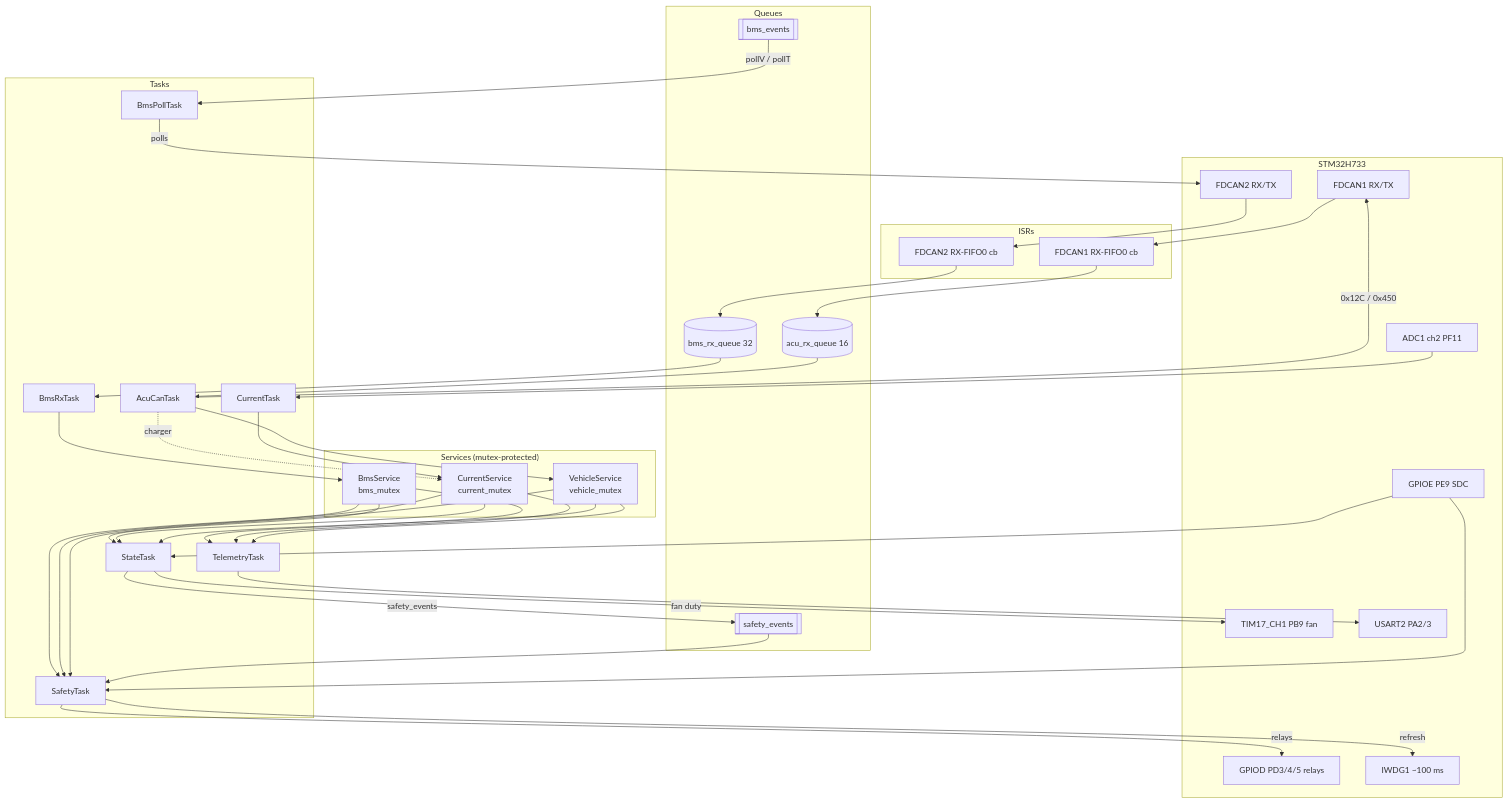
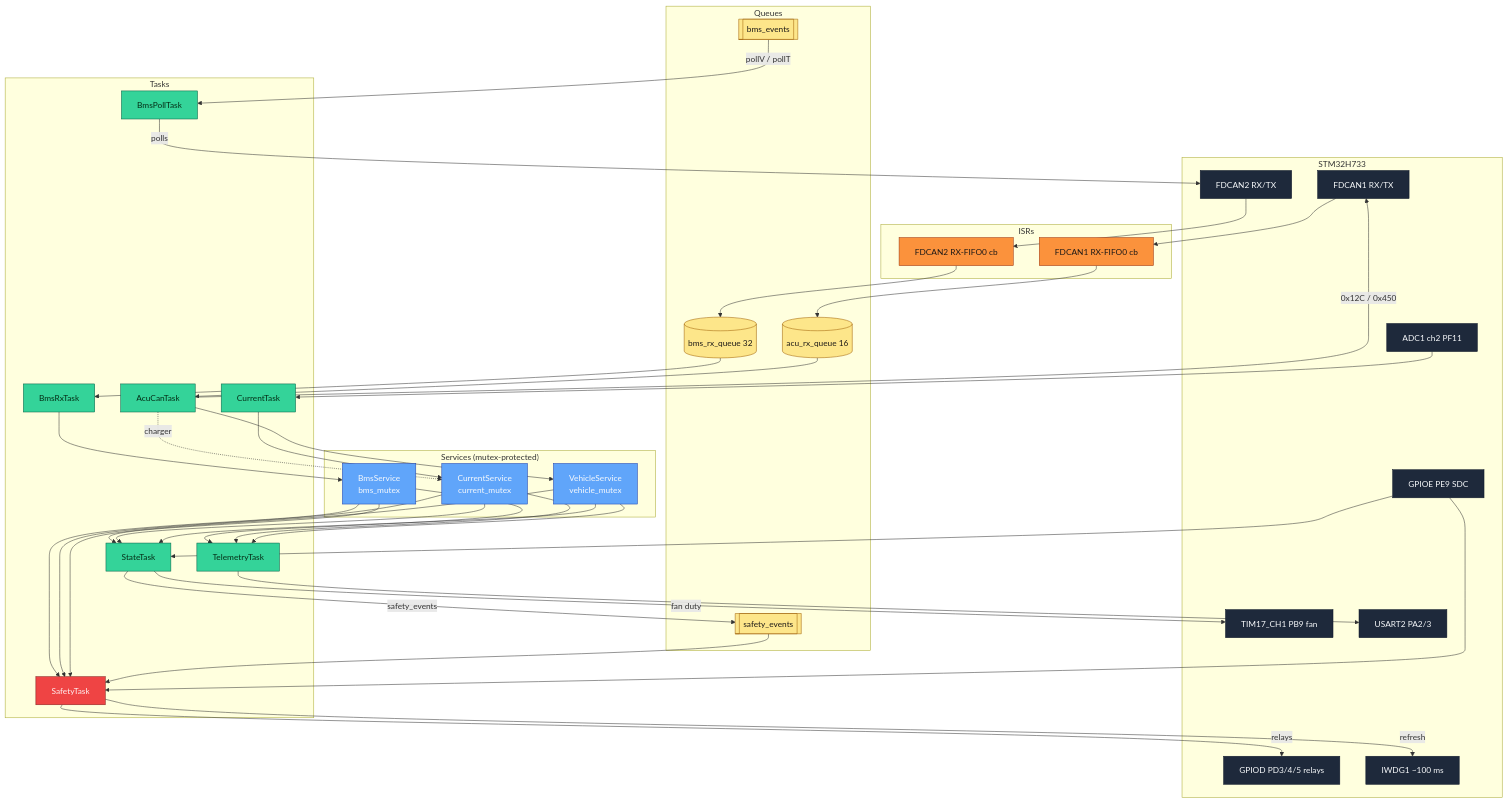
Before and after one commit to isc-fs/IFS08-CE-AMS: the first of 3 diagrams in docs/ARCHITECTURE.md, drawn with Mermaid. The commit also changed other lines of this file, not shown here.

First line of the commit message:
fix: colour the three mermaid diagrams in ARCHITECTURE.md

````diff
--- a/docs/ARCHITECTURE.md
+++ b/docs/ARCHITECTURE.md
@@ -97,64 +97,78 @@
 ```mermaid
 flowchart TD
   subgraph HW[STM32H733]
     FDCAN1[FDCAN1 RX/TX]
     FDCAN2[FDCAN2 RX/TX]
     ADC1[ADC1 ch2 PF11]
     GPIOD[GPIOD PD3/4/5 relays]
     GPIOE9[GPIOE PE9 SDC]
     TIM17[TIM17_CH1 PB9 fan]
     UART2[USART2 PA2/3]
     IWDG[IWDG1 ~100 ms]
   end
 
   subgraph ISR[ISRs]
     RX1[FDCAN1 RX-FIFO0 cb]
     RX2[FDCAN2 RX-FIFO0 cb]
   end
 
   subgraph Queues
     acu_rx[(acu_rx_queue 16)]
     bms_rx[(bms_rx_queue 32)]
     sa_evt[[safety_events]]
     bms_evt[[bms_events]]
   end
 
   subgraph Services["Services (mutex-protected)"]
     BmsSvc[BmsService<br/>bms_mutex]
     CurSvc[CurrentService<br/>current_mutex]
     VehSvc[VehicleService<br/>vehicle_mutex]
   end
 
   subgraph Tasks
     AcuT[AcuCanTask]
     BmsRxT[BmsRxTask]
     BmsPollT[BmsPollTask]
     CurT[CurrentTask]
     StateT[StateTask]
     SafeT[SafetyTask]
     TeleT[TelemetryTask]
   end
 
   FDCAN1 --> RX1 --> acu_rx --> AcuT --> VehSvc
   AcuT -.charger.-> CurSvc
   AcuT -- "0x12C / 0x450" --> FDCAN1
 
   FDCAN2 --> RX2 --> bms_rx --> BmsRxT --> BmsSvc
   BmsPollT -- "polls" --> FDCAN2
 
   ADC1 --> CurT --> CurSvc
 
   BmsSvc & CurSvc & VehSvc --> StateT
   BmsSvc & CurSvc & VehSvc --> SafeT
   BmsSvc & CurSvc & VehSvc --> TeleT
 
   StateT -- safety_events --> sa_evt --> SafeT
   StateT -- fan duty --> TIM17
   SafeT -- relays --> GPIOD
   SafeT -- refresh --> IWDG
   GPIOE9 --> SafeT
   GPIOE9 --> StateT
   TeleT --> UART2
 
   bms_evt -- pollV / pollT --> BmsPollT
+
+  classDef hw    fill:#1e293b,stroke:#0f172a,color:#f8fafc
+  classDef isr   fill:#fb923c,stroke:#9a3412,color:#1c1917
+  classDef queue fill:#fde68a,stroke:#a16207,color:#1c1917
+  classDef svc   fill:#60a5fa,stroke:#1e40af,color:#f8fafc
+  classDef task  fill:#34d399,stroke:#065f46,color:#052e16
+  classDef safe  fill:#ef4444,stroke:#7f1d1d,color:#fef2f2
+
+  class FDCAN1,FDCAN2,ADC1,GPIOD,GPIOE9,TIM17,UART2,IWDG hw
+  class RX1,RX2 isr
+  class acu_rx,bms_rx,sa_evt,bms_evt queue
+  class BmsSvc,CurSvc,VehSvc svc
+  class AcuT,BmsRxT,BmsPollT,CurT,StateT,TeleT task
+  class SafeT safe
 ```
````
